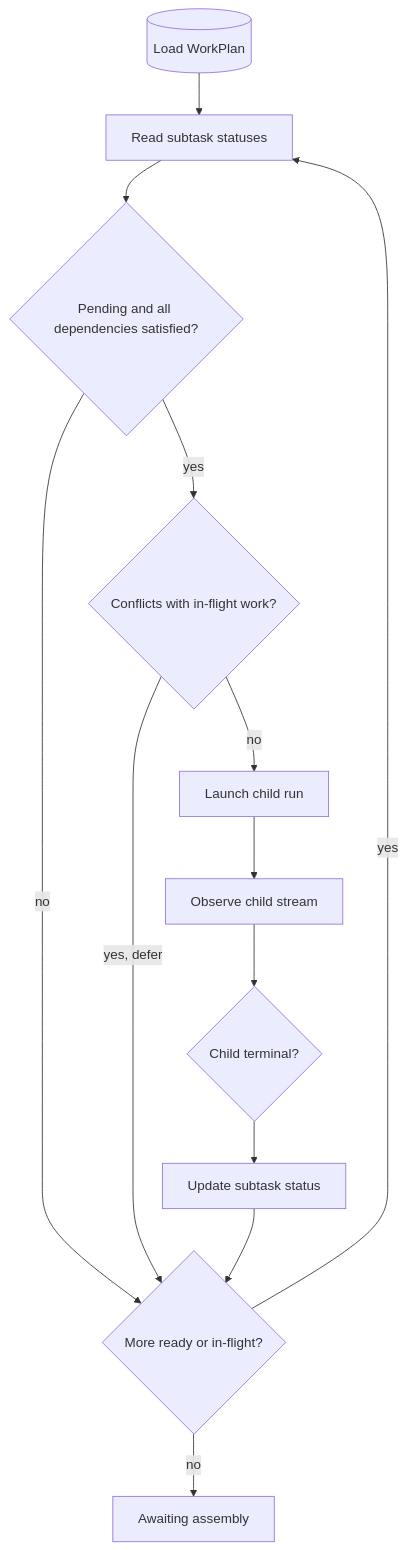
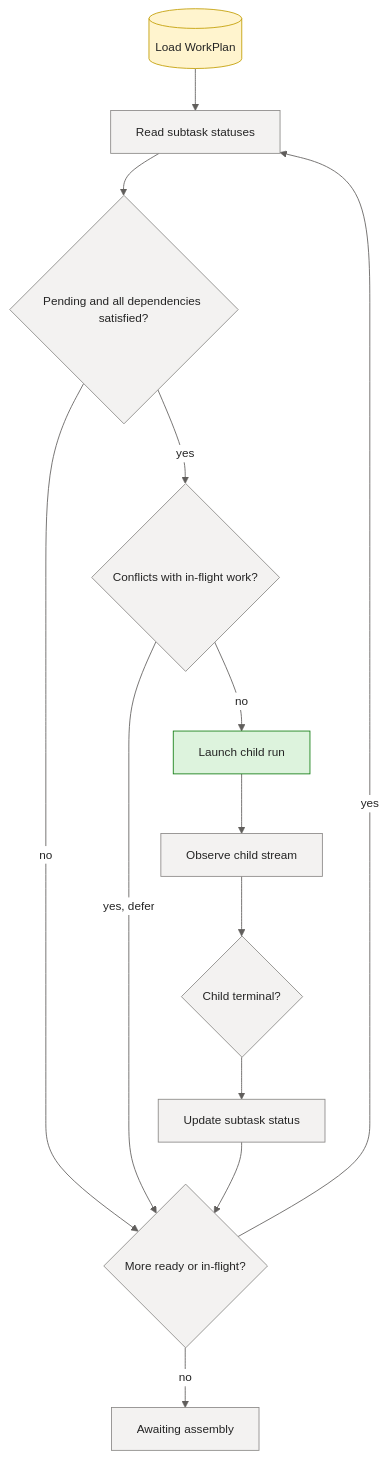
The fourth of 5 diagrams in docs/deep-dive/coordinator-internals.md (sabbour/agentweaver), drawn with Mermaid before and after one commit. The commit also changed other lines of this file and 13 other files, not shown here.

````diff
--- a/docs/deep-dive/coordinator-internals.md
+++ b/docs/deep-dive/coordinator-internals.md
@@ -252,21 +290,34 @@
 ```mermaid
+%%{init: {'theme':'base','themeVariables':{'fontFamily':'Segoe UI, system-ui, -apple-system, sans-serif','fontSize':'14px','primaryColor':'#E8EEF9','primaryBorderColor':'#0F6CBD','primaryTextColor':'#242424','lineColor':'#605E5C','clusterBkg':'#FAF9F8','clusterBorder':'#D2D0CE','edgeLabelBackground':'#FFFFFF'}}}%%
 flowchart TD
     Load[(Load WorkPlan)]
     Status[Read subtask statuses]
     Ready{Pending and all dependencies satisfied?}
     Conflict{Conflicts with in-flight work?}
     Launch[Launch child run]
     Observe[Observe child stream]
     Terminal{Child terminal?}
     Update[Update subtask status]
     More{More ready or in-flight?}
     Assembly[Awaiting assembly]
 
     Load --> Status --> Ready
     Ready -- no --> More
     Ready -- yes --> Conflict
     Conflict -- yes, defer --> More
     Conflict -- no --> Launch --> Observe --> Terminal --> Update --> More
     More -- yes --> Status
     More -- no --> Assembly
+
+    classDef client fill:#E8EEF9,stroke:#0F6CBD,stroke-width:1px,color:#242424;
+    classDef svc fill:#F3F2F1,stroke:#8A8886,stroke-width:1px,color:#242424;
+    classDef core fill:#CFE4FA,stroke:#0F6CBD,stroke-width:2px,color:#242424;
+    classDef data fill:#FFF4CE,stroke:#C19C00,stroke-width:1px,color:#242424;
+    classDef ext fill:#F0E8F8,stroke:#8764B8,stroke-width:1px,color:#242424;
+    classDef runtime fill:#DDF3DD,stroke:#107C10,stroke-width:1px,color:#242424;
+    classDef evt fill:#D6F0F0,stroke:#038387,stroke-width:1px,color:#242424;
+
+    class Load data;
+    class Status,Ready,Conflict,Observe,Terminal,Update,More,Assembly svc;
+    class Launch runtime;
 ```
````
